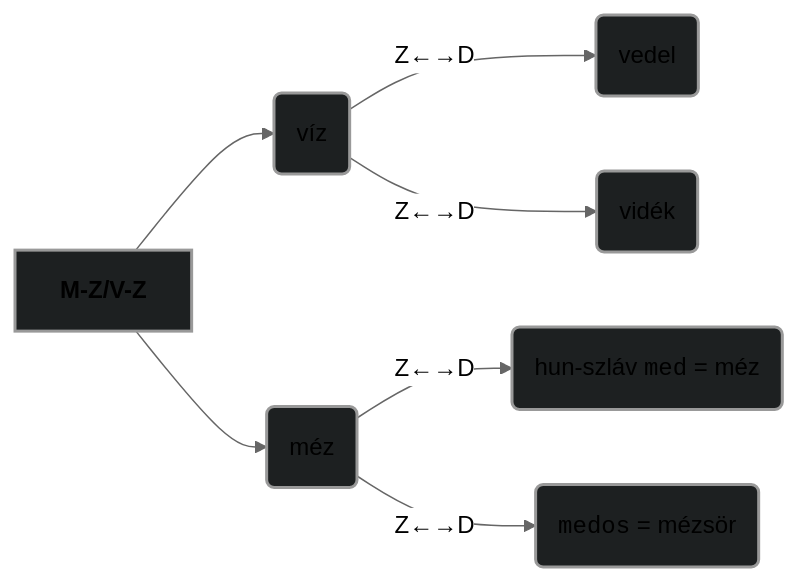
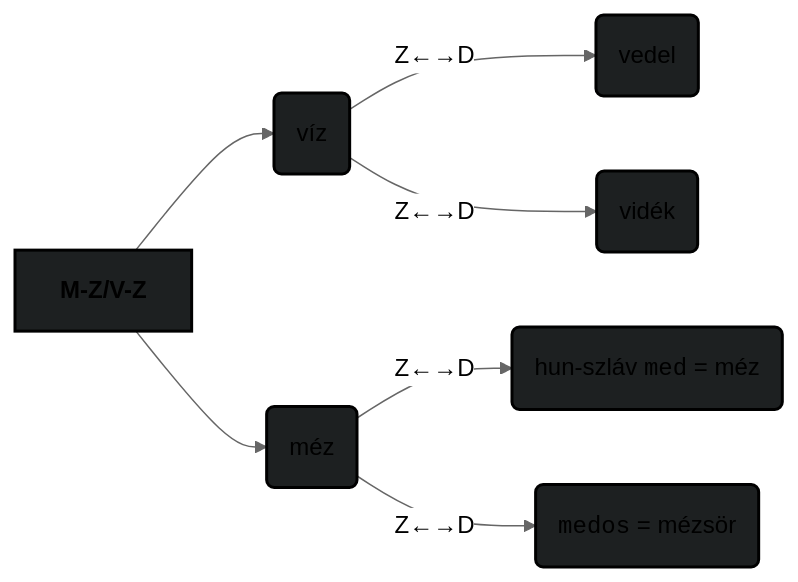
The fourth of 4 diagrams in src/site/notes/B/Balk.md (zanodor/TUDDASSTTARR), drawn with Mermaid (neutral theme) before and after one commit. The commit also changed other lines of this file, not shown here.

````diff
--- a/src/site/notes/B/Balk.md
+++ b/src/site/notes/B/Balk.md
@@ -73,19 +91,19 @@
 ```mermaid
 flowchart LR
 
 	head[<b>M-Z/V-Z</b>]
 	lvl2_a("víz")
 	lvl2_b("méz")
 	lvl3_a("vedel")
 	lvl3_b("vidék")
 	lvl3_c("hun-szláv <code>med</code> = méz")
 	lvl3_d("<code>medos</code> = mézsör")
 
 	head --> lvl2_a & lvl2_b
 	lvl2_a -- "Z←→D" -->  lvl3_a & lvl3_b
 	lvl2_b -- "Z←→D" -->  lvl3_c & lvl3_d
 
-	classDef fillStyle fill:#1d2021,stroke-width:2px,stroke-dasharray: 0;
+	classDef fillStyle fill:#1d2021,stroke:#000000,stroke-width:2px,stroke-dasharray: 0;
 	class head,lvl2_a,lvl2_b,lvl3_a,lvl3_b,lvl3_c,lvl3_d fillStyle;
 	class lvl2_a,lvl2_b,lvl3_a,lvl3_b internal-link;
 ```
````
